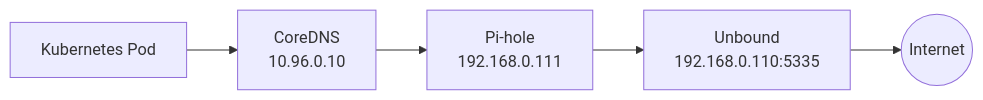
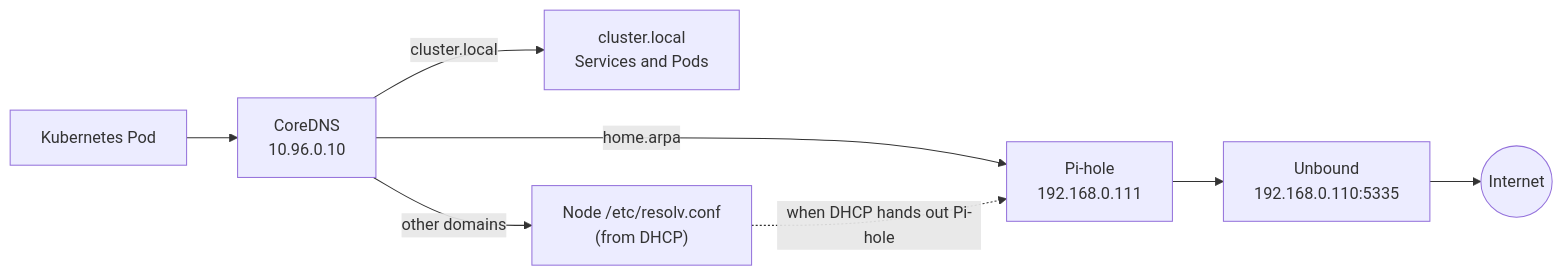
The third of 4 diagrams in docs/diagrams/kubernetes-platform.md (adenntumba/enterprise-platform-lab), drawn with Mermaid before and after one commit. The commit also changed other lines of this file and 12 other files, not shown here.

First line of the commit message:
docs(architecture): align Kubernetes architecture and ADRs with implementation

````diff
--- a/docs/diagrams/kubernetes-platform.md
+++ b/docs/diagrams/kubernetes-platform.md
@@ -56,13 +56,18 @@
 ```mermaid
 flowchart LR
     Pod["Kubernetes Pod"]
     CoreDNS["CoreDNS<br/>10.96.0.10"]
+    K8s["cluster.local<br/>Services and Pods"]
+    Resolv["Node /etc/resolv.conf<br/>(from DHCP)"]
     PiHole["Pi-hole<br/>192.168.0.111"]
     Unbound["Unbound<br/>192.168.0.110:5335"]
     Internet((Internet))
 
     Pod --> CoreDNS
-    CoreDNS --> PiHole
+    CoreDNS -- "cluster.local" --> K8s
+    CoreDNS -- "home.arpa" --> PiHole
+    CoreDNS -- "other domains" --> Resolv
+    Resolv -. "when DHCP hands out Pi-hole" .-> PiHole
     PiHole --> Unbound
     Unbound --> Internet
 ```
````
